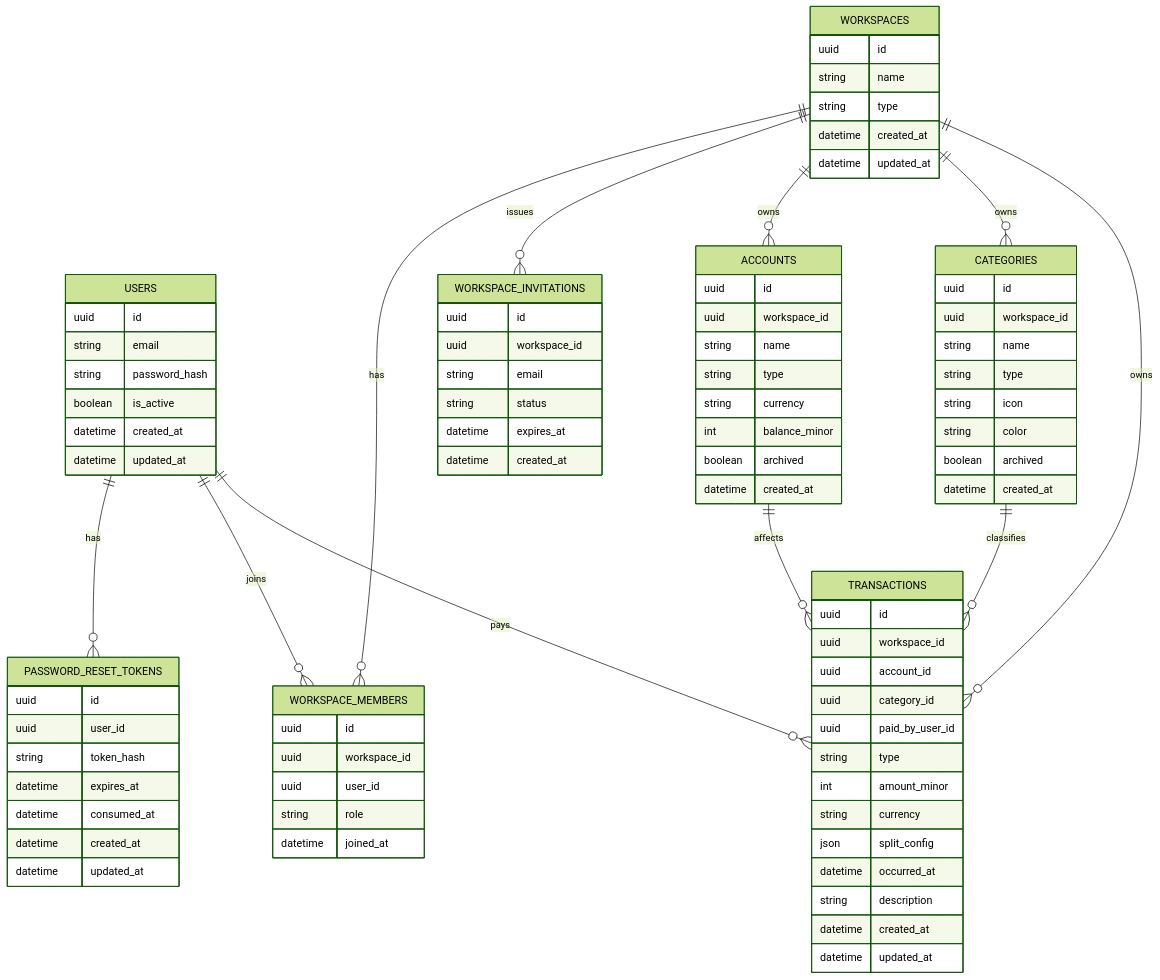
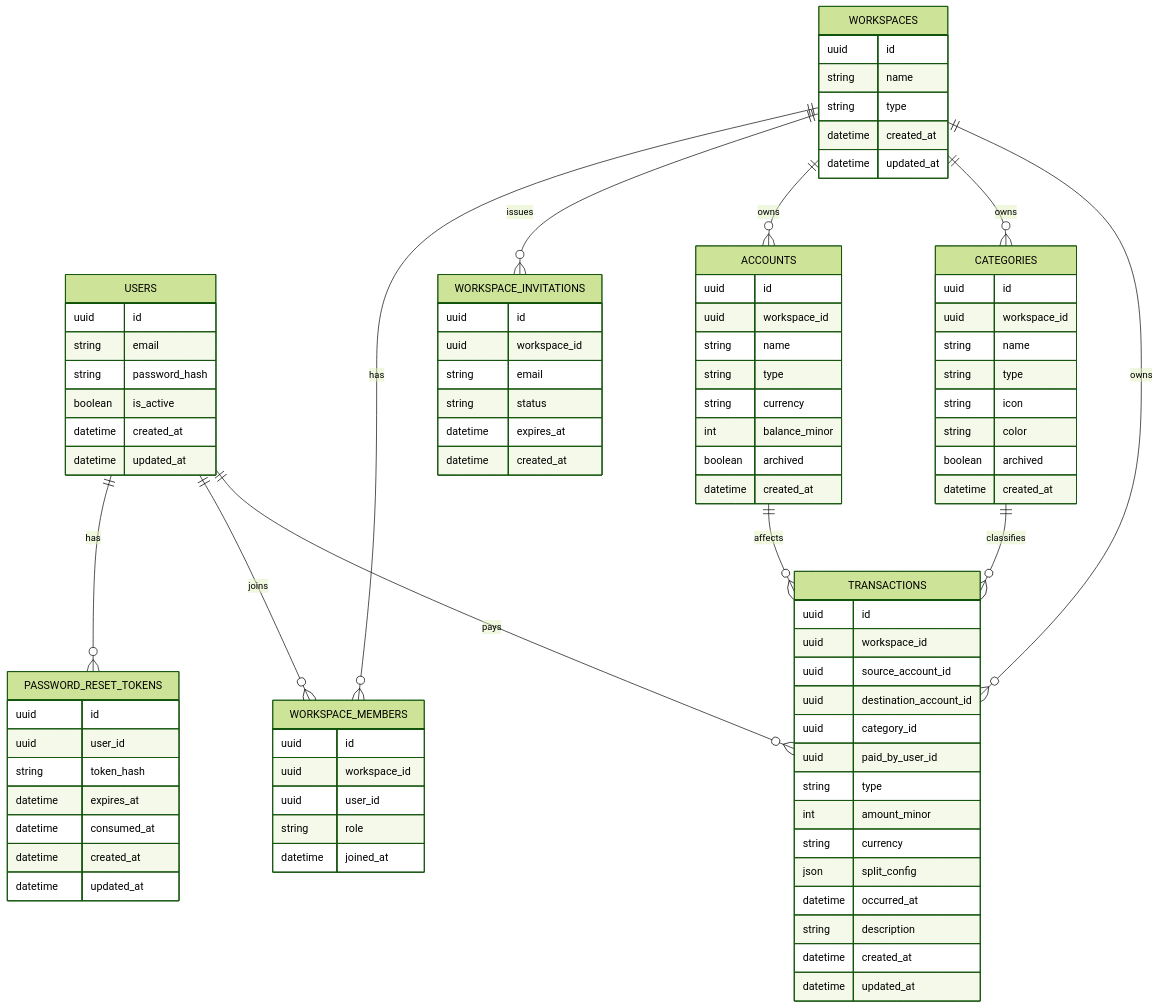
The diagram in docs/architecture/data-model.md (creep1ng/shared-expenses-tracking), drawn with Mermaid (forest theme) before and after one commit. The commit also changed other lines of this file and 30 other files, not shown here.

```diff
--- a/docs/architecture/data-model.md
+++ b/docs/architecture/data-model.md
@@ -197,7 +197,8 @@
     TRANSACTIONS {
         uuid id
         uuid workspace_id
-        uuid account_id
+        uuid source_account_id
+        uuid destination_account_id
         uuid category_id
         uuid paid_by_user_id
         string type
```
